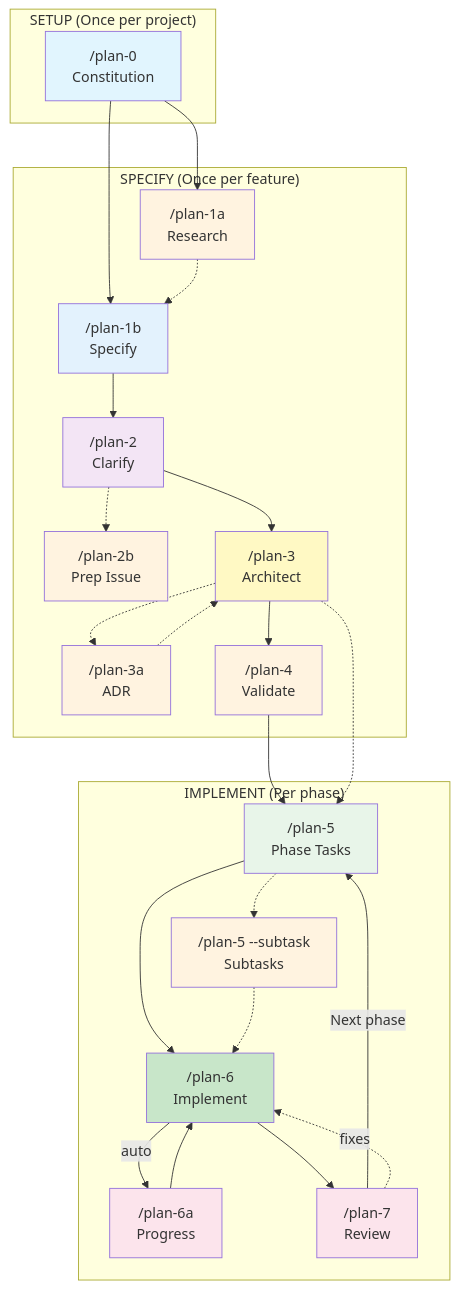
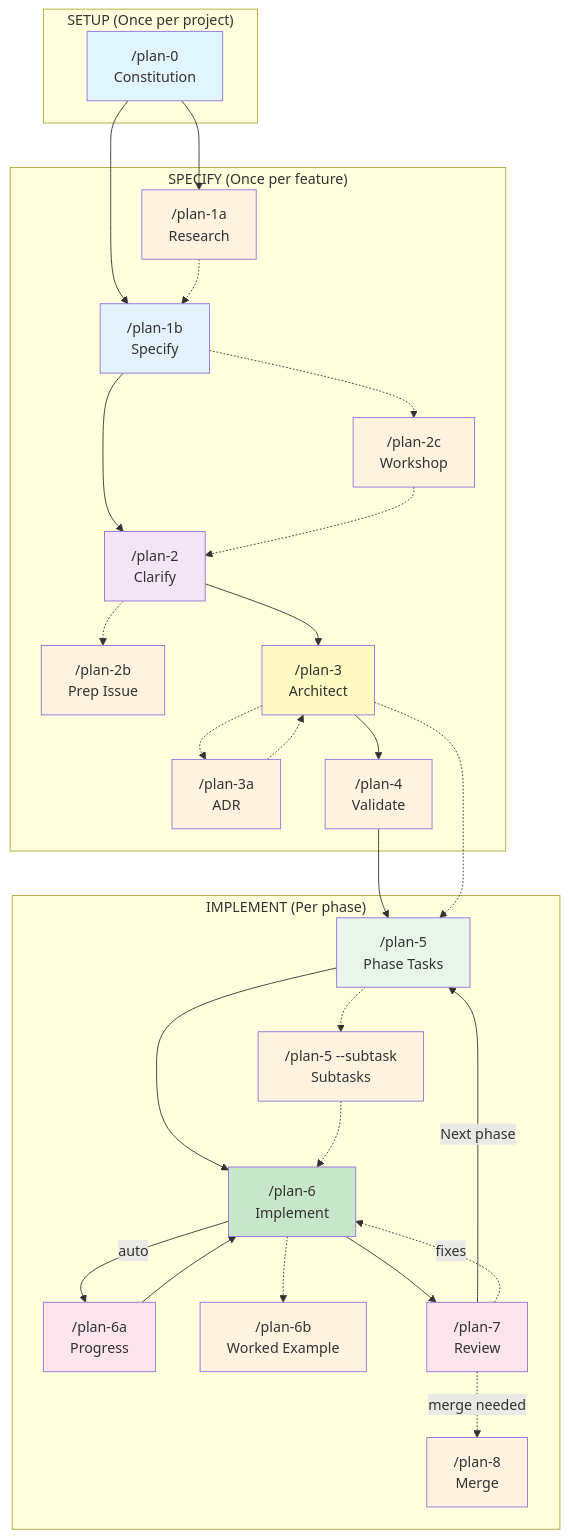
The first of 2 diagrams in src/jk_tools/agents/commands/GETTING-STARTED.md (jakkaj/tools), drawn with Mermaid before and after one commit. The commit also changed other lines of this file and 19 other files, not shown here.

````diff
--- a/src/jk_tools/agents/commands/GETTING-STARTED.md
+++ b/src/jk_tools/agents/commands/GETTING-STARTED.md
@@ -9,59 +9,69 @@
 ```mermaid
 flowchart TB
     subgraph setup["SETUP (Once per project)"]
         P0["/plan-0<br/>Constitution"]
     end
 
     subgraph specify["SPECIFY (Once per feature)"]
         P1A["/plan-1a<br/>Research"]
         P1B["/plan-1b<br/>Specify"]
         P2["/plan-2<br/>Clarify"]
+        P2C["/plan-2c<br/>Workshop"]
         P2B["/plan-2b<br/>Prep Issue"]
         P3["/plan-3<br/>Architect"]
         P3A["/plan-3a<br/>ADR"]
         P4["/plan-4<br/>Validate"]
     end
 
     subgraph implement["IMPLEMENT (Per phase)"]
         P5["/plan-5<br/>Phase Tasks"]
         P5ST["/plan-5 --subtask<br/>Subtasks"]
         P6["/plan-6<br/>Implement"]
         P6A["/plan-6a<br/>Progress"]
+        P6B["/plan-6b<br/>Worked Example"]
         P7["/plan-7<br/>Review"]
+        P8["/plan-8<br/>Merge"]
     end
 
     P0 --> P1A
     P0 --> P1B
     P1A -.-> P1B
     P1B --> P2
+    P1B -.-> P2C
+    P2C -.-> P2
     P2 --> P3
     P2 -.-> P2B
     P3 -.-> P3A
     P3A -.-> P3
     P3 --> P4
     P4 --> P5
     P3 -.-> P5
 
     P5 --> P6
     P5 -.-> P5ST
     P5ST -.-> P6
     P6 -->|auto| P6A
     P6A --> P6
     P6 --> P7
+    P6 -.-> P6B
     P7 -->|Next phase| P5
     P7 -.->|fixes| P6
+    P7 -.->|merge needed| P8
 
     style P0 fill:#e1f5fe
     style P1A fill:#fff3e0
     style P1B fill:#e3f2fd
     style P2 fill:#f3e5f5
     style P2B fill:#fff3e0
     style P3 fill:#fff9c4
     style P3A fill:#fff3e0
     style P4 fill:#fff3e0
     style P5 fill:#e8f5e9
     style P5ST fill:#fff3e0
     style P6 fill:#c8e6c9
     style P6A fill:#fce4ec
     style P7 fill:#fce4ec
+    style P2C fill:#fff3e0
+    style P6B fill:#fff3e0
+    style P8 fill:#fff3e0
 ```
````
